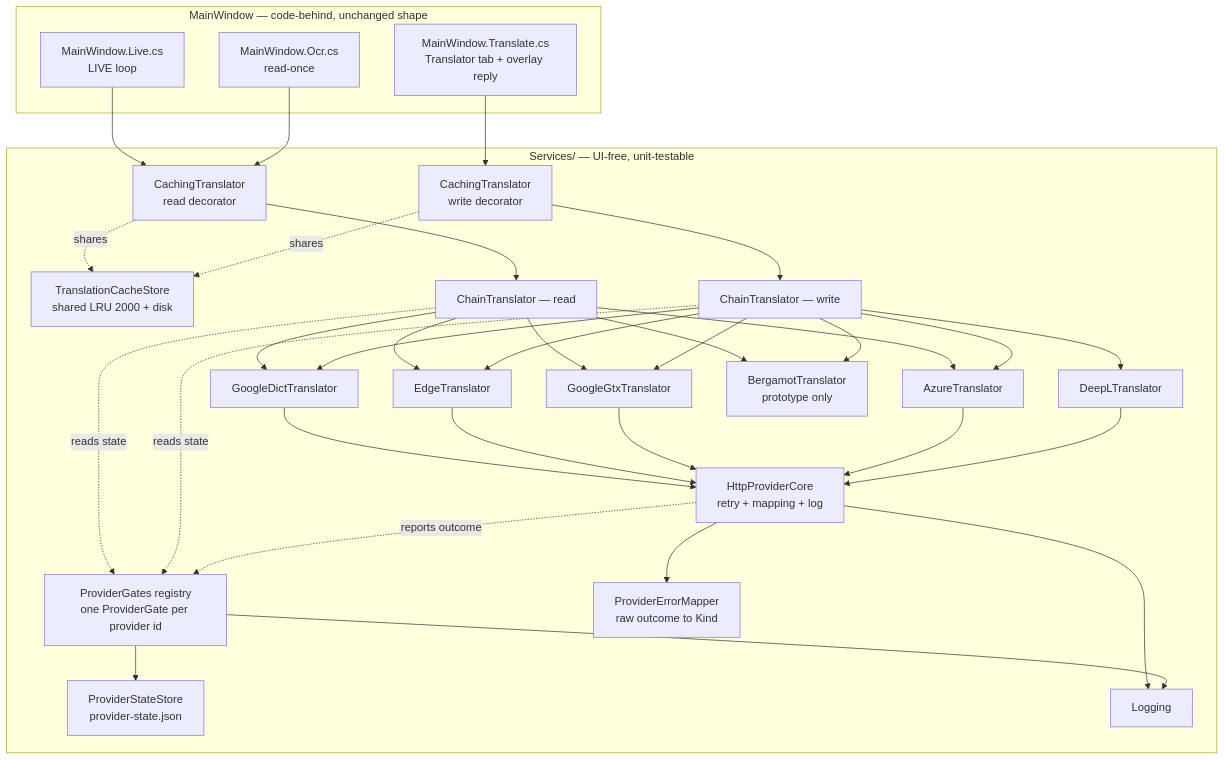
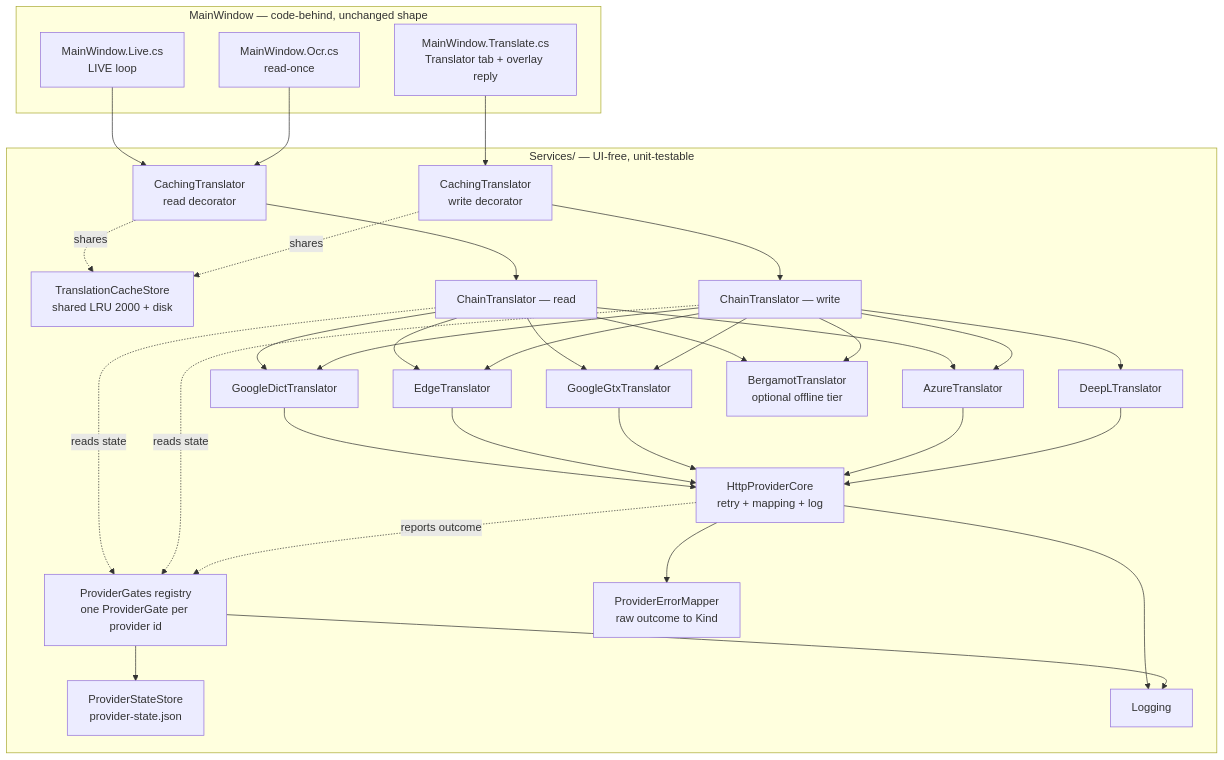
One commit to Kizotis/PWRU-Helper changed the first of 3 diagrams in docs/investigations/02-traduction/architecture-cible.md. Above: the diagram before and after it, drawn with Mermaid. The commit also changed other lines of this file and 10 other files, not shown here.

````diff
--- a/docs/investigations/02-traduction/architecture-cible.md
+++ b/docs/investigations/02-traduction/architecture-cible.md
@@ -79,58 +81,58 @@
 ```mermaid
 flowchart TB
   subgraph UI["MainWindow — code-behind, unchanged shape"]
     LIVE["MainWindow.Live.cs<br/>LIVE loop"]
     ONCE["MainWindow.Ocr.cs<br/>read-once"]
     TAB["MainWindow.Translate.cs<br/>Translator tab + overlay reply"]
   end
 
   subgraph SVC["Services/ — UI-free, unit-testable"]
     RC["CachingTranslator<br/>read decorator"]
     WC["CachingTranslator<br/>write decorator"]
     STORE["TranslationCacheStore<br/>shared LRU 2000 + disk"]
     RCH["ChainTranslator — read"]
     WCH["ChainTranslator — write"]
     GATES["ProviderGates registry<br/>one ProviderGate per provider id"]
     STATE["ProviderStateStore<br/>provider-state.json"]
     CORE["HttpProviderCore<br/>retry + mapping + log"]
     MAP["ProviderErrorMapper<br/>raw outcome to Kind"]
     P1["GoogleDictTranslator"]
     P2["EdgeTranslator"]
     P3["GoogleGtxTranslator"]
     P4["AzureTranslator"]
     P5["DeepLTranslator"]
-    P6["BergamotTranslator<br/>prototype only"]
+    P6["BergamotTranslator<br/>optional offline tier"]
     LOG["Logging"]
   end
 
   LIVE --> RC
   ONCE --> RC
   TAB --> WC
   RC --> RCH
   WC --> WCH
   RC -.shares.-> STORE
   WC -.shares.-> STORE
   RCH --> P4
   RCH --> P1
   RCH --> P2
   RCH --> P3
   RCH --> P6
   WCH --> P5
   WCH --> P4
   WCH --> P1
   WCH --> P2
   WCH --> P3
   WCH --> P6
   RCH -.reads state.-> GATES
   WCH -.reads state.-> GATES
   P1 --> CORE
   P2 --> CORE
   P3 --> CORE
   P4 --> CORE
   P5 --> CORE
   CORE --> MAP
   CORE -.reports outcome.-> GATES
   CORE --> LOG
   GATES --> STATE
   GATES --> LOG
 ```
````
